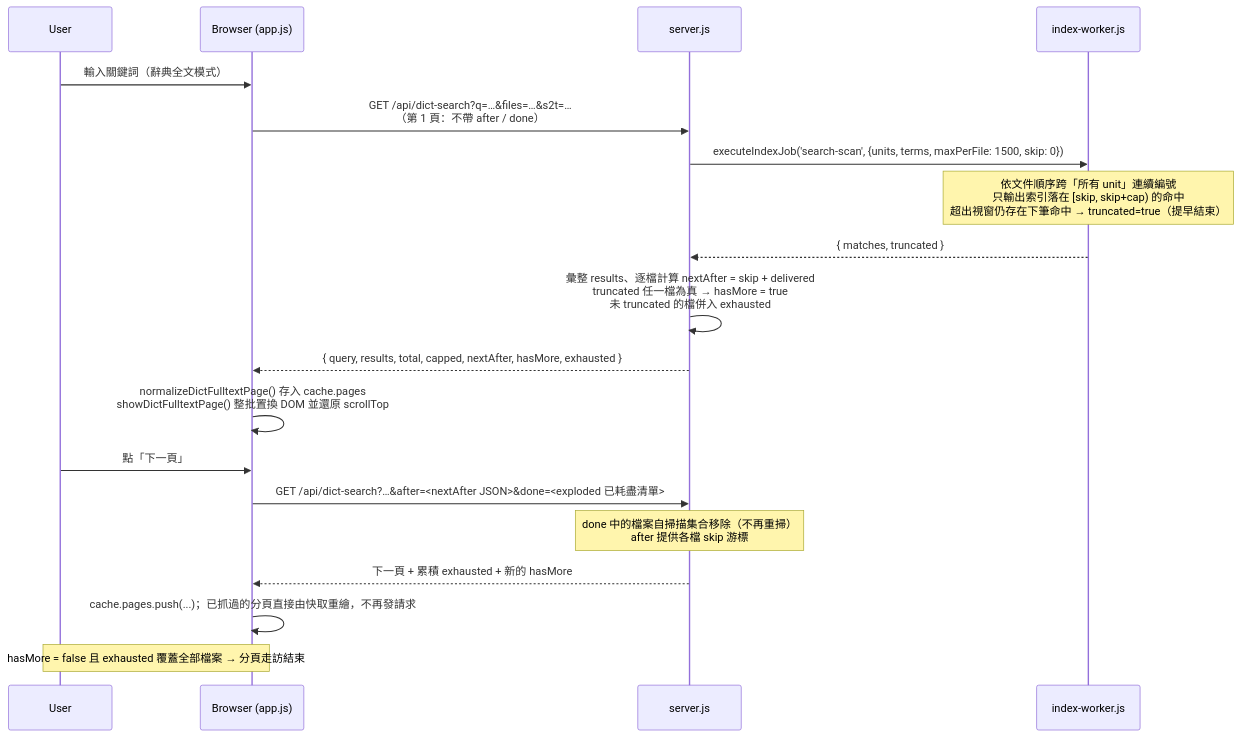
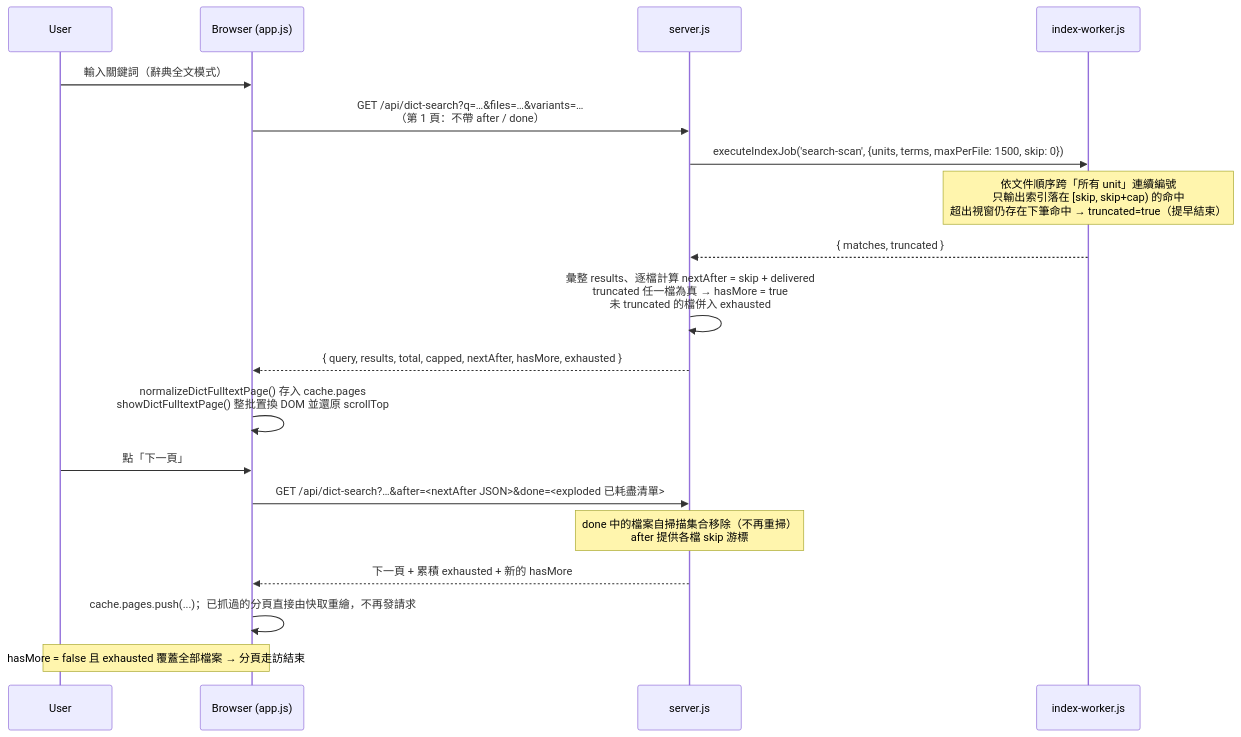
Before and after one commit to jmedzen/mdWebview: the eighth of 12 diagrams in ARCHITECTURE.md, drawn with Mermaid. The commit also changed other lines of this file and 26 other files, not shown here.

````diff
--- a/ARCHITECTURE.md
+++ b/ARCHITECTURE.md
@@ -369,22 +370,22 @@
 ```mermaid
 sequenceDiagram
     participant U as User
     participant B as Browser (app.js)
     participant S as server.js
     participant IX as index-worker.js
 
     U->>B: 輸入關鍵詞（辭典全文模式）
-    B->>S: GET /api/dict-search?q=…&files=…&s2t=…<br/>（第 1 頁：不帶 after / done）
+    B->>S: GET /api/dict-search?q=…&files=…&variants=…<br/>（第 1 頁：不帶 after / done）
     S->>IX: executeIndexJob('search-scan', {units, terms, maxPerFile: 1500, skip: 0})
     Note over IX: 依文件順序跨「所有 unit」連續編號<br/>只輸出索引落在 [skip, skip+cap) 的命中<br/>超出視窗仍存在下筆命中 → truncated=true（提早結束）
     IX-->>S: { matches, truncated }
     S->>S: 彙整 results、逐檔計算 nextAfter = skip + delivered<br/>truncated 任一檔為真 → hasMore = true<br/>未 truncated 的檔併入 exhausted
     S-->>B: { query, results, total, capped, nextAfter, hasMore, exhausted }
     B->>B: normalizeDictFulltextPage() 存入 cache.pages<br/>showDictFulltextPage() 整批置換 DOM 並還原 scrollTop
     U->>B: 點「下一頁」
     B->>S: GET /api/dict-search?…&after=<nextAfter JSON>&done=<exploded 已耗盡清單>
     Note over S: done 中的檔案自掃描集合移除（不再重掃）<br/>after 提供各檔 skip 游標
     S-->>B: 下一頁 + 累積 exhausted + 新的 hasMore
     B->>B: cache.pages.push(...)；已抓過的分頁直接由快取重繪，不再發請求
     Note over U,B: hasMore = false 且 exhausted 覆蓋全部檔案 → 分頁走訪結束
 ```
````
